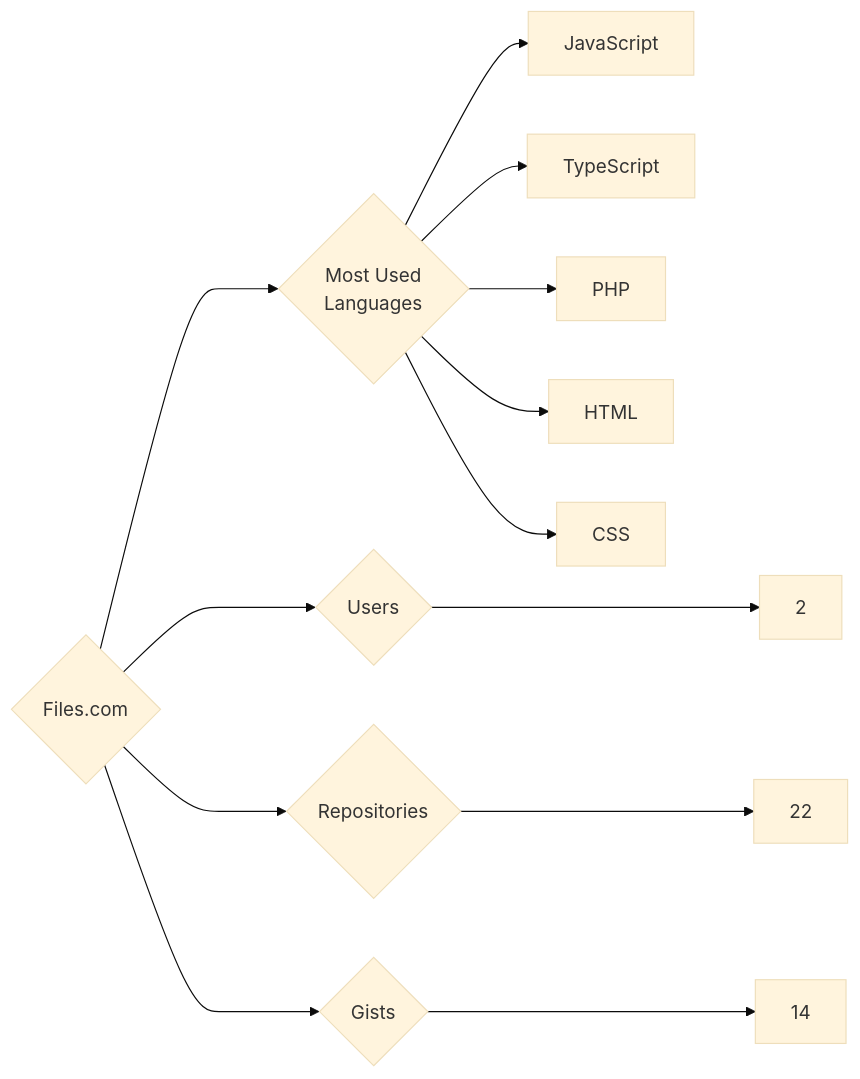
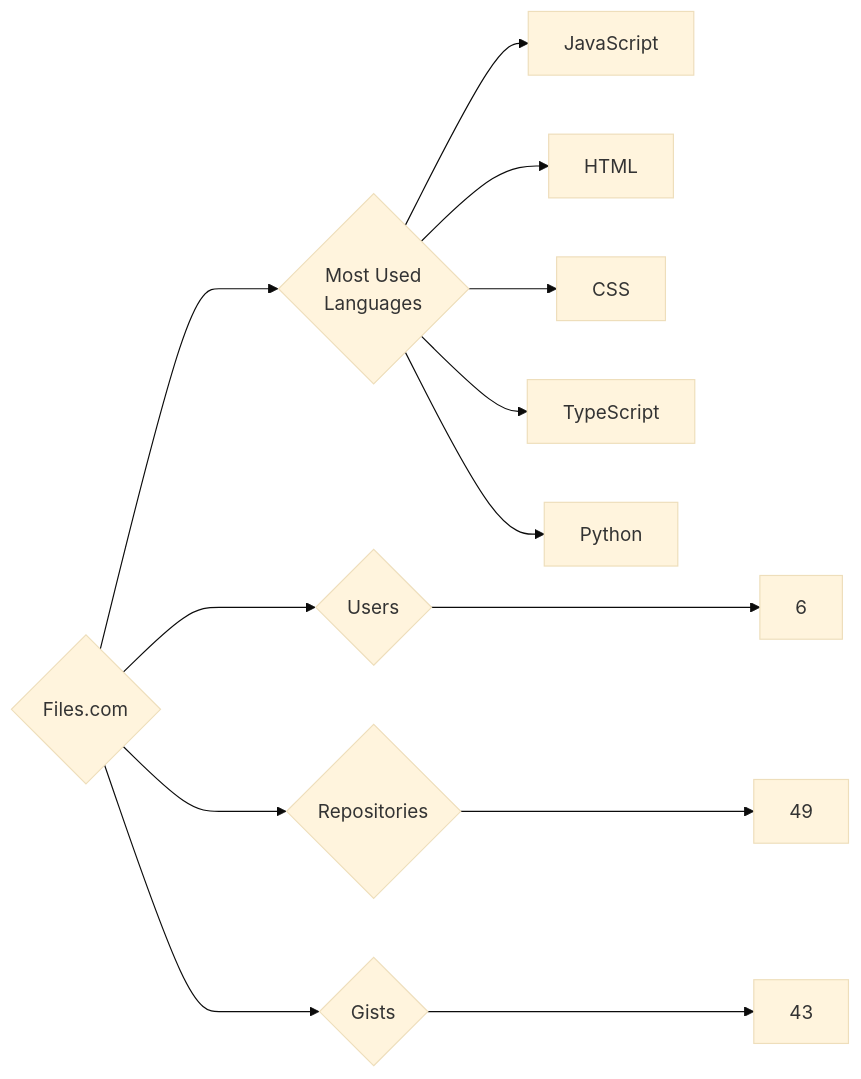
One commit to trickest/insiders changed the diagram in targets/Files.com/README.md. Above: the diagram before and after it, drawn with Mermaid (base theme). The commit also changed 440 other files, not shown here.

````diff
--- a/targets/Files.com/README.md
+++ b/targets/Files.com/README.md
@@ -3,13 +3,13 @@
 ```mermaid
 graph LR
 COMPANY_NAME{Files.com}
-COMPANY_NAME ---> U{Users} ---> UN[2]
-COMPANY_NAME ---> R{Repositories} ---> RN[22]
-COMPANY_NAME ---> G{Gists} ---> GN[14]
+COMPANY_NAME ---> U{Users} ---> UN[6]
+COMPANY_NAME ---> R{Repositories} ---> RN[49]
+COMPANY_NAME ---> G{Gists} ---> GN[43]
 COMPANY_NAME ---> ML{Most Used<br>Languages}
 ML --> JavaScript[JavaScript]
-ML --> TypeScript[TypeScript]
-ML --> PHP[PHP]
 ML --> HTML[HTML]
 ML --> CSS[CSS]
+ML --> TypeScript[TypeScript]
+ML --> Python[Python]
 ```
````
